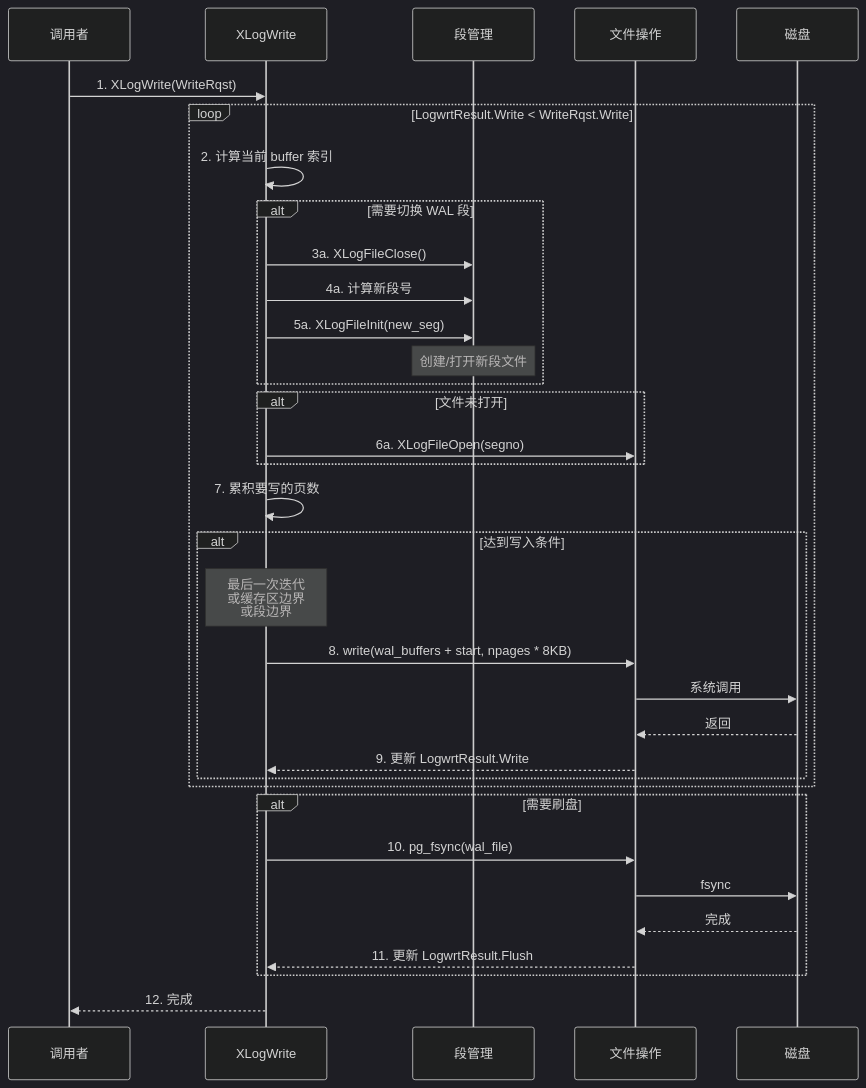
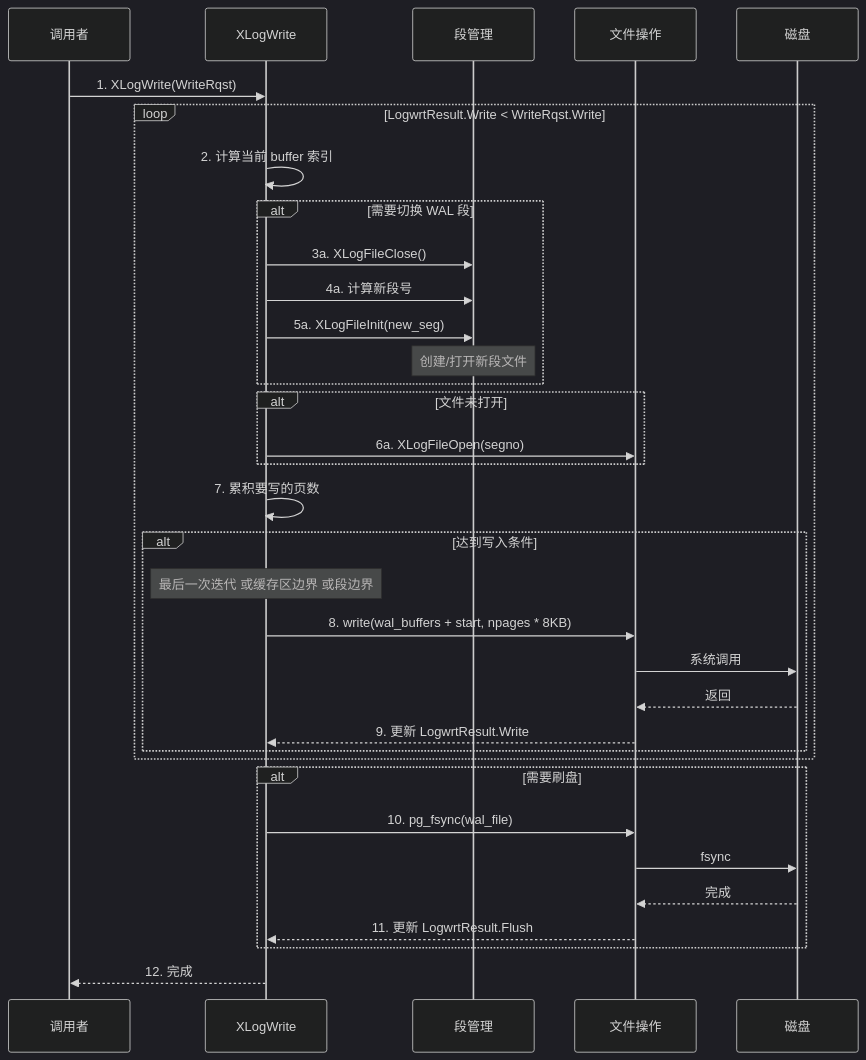
Before and after one commit to carlvinhust2012/MyStudy: the eighth of 11 diagrams in Database/Postgre/postgre的io流程分析.md, drawn with Mermaid (dark theme). The commit also changed other lines of this file, not shown here.

Commit message:
update the postgre io flow analysis

````diff
--- a/Database/Postgre/postgre的io流程分析.md
+++ b/Database/Postgre/postgre的io流程分析.md
@@ -569,45 +569,45 @@
 ```mermaid
 sequenceDiagram
     participant Caller as 调用者
     participant XLogWrite as XLogWrite
     participant Segment as 段管理
     participant File as 文件操作
     participant Disk as 磁盘
 
     Caller->>XLogWrite: 1. XLogWrite(WriteRqst)
     
     loop LogwrtResult.Write < WriteRqst.Write
         XLogWrite->>XLogWrite: 2. 计算当前 buffer 索引
         
         alt 需要切换 WAL 段
             XLogWrite->>Segment: 3a. XLogFileClose()
             XLogWrite->>Segment: 4a. 计算新段号
             XLogWrite->>Segment: 5a. XLogFileInit(new_seg)
             Note over Segment: 创建/打开新段文件
         end
         
         alt 文件未打开
             XLogWrite->>File: 6a. XLogFileOpen(segno)
         end
         
         XLogWrite->>XLogWrite: 7. 累积要写的页数
         
         alt 达到写入条件
-            Note over XLogWrite: 最后一次迭代<br/>或缓存区边界<br/>或段边界
+            Note over XLogWrite: 最后一次迭代 或缓存区边界 或段边界
             
             XLogWrite->>File: 8. write(wal_buffers + start, npages * 8KB)
             File->>Disk: 系统调用
             Disk-->>File: 返回
             File-->>XLogWrite: 9. 更新 LogwrtResult.Write
         end
     end
     
     alt 需要刷盘
         XLogWrite->>File: 10. pg_fsync(wal_file)
         File->>Disk: fsync
         Disk-->>File: 完成
         File-->>XLogWrite: 11. 更新 LogwrtResult.Flush
     end
     
     XLogWrite-->>Caller: 12. 完成
 ```
````
